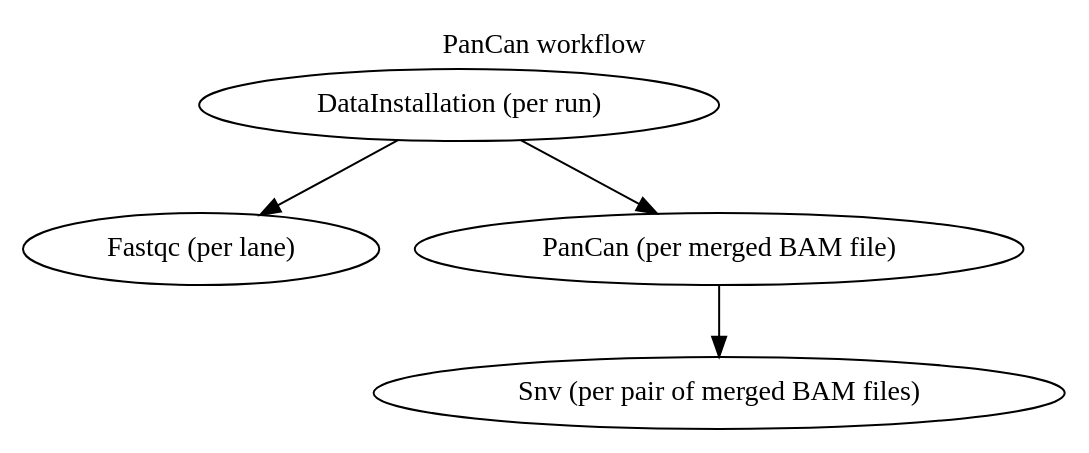
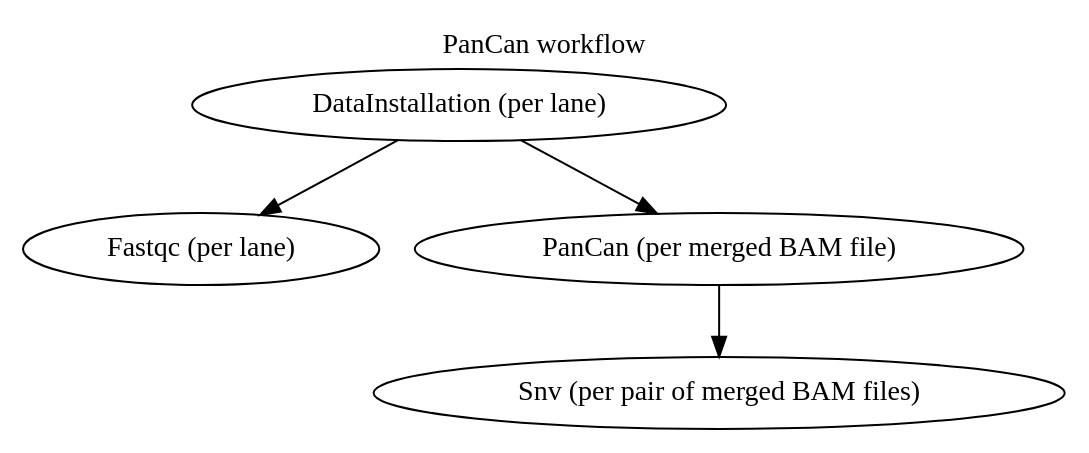
Before and after one commit to one-touch-pipeline/otp: the diagram in src/docs/guide/workflowGraphs/PanCan.dot, drawn with Graphviz. The commit also changed 1 other file, not shown here.

Commit message:
OTP-2114: Adapt workflow graphs to rewritten DataInstallationWorkflow
Review #2403

```diff
--- a/src/docs/guide/workflowGraphs/PanCan.dot
+++ b/src/docs/guide/workflowGraphs/PanCan.dot
@@ -1,9 +1,9 @@
 digraph workflows {
   labelloc="t";
   label="PanCan workflow";
 
-  DataInstallation [label="DataInstallation (per run)"];
+  DataInstallation [label="DataInstallation (per lane)"];
   Fastqc [label="Fastqc (per lane)"];
   DataInstallation -> Fastqc
   DataInstallation -> "PanCan (per merged BAM file)" -> "Snv (per pair of merged BAM files)"
 }
```
